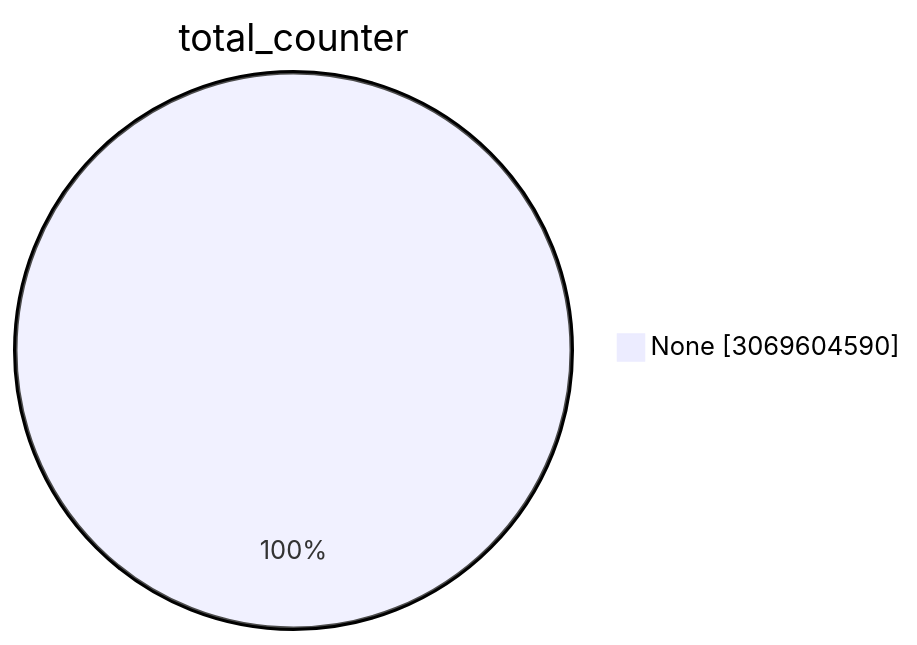
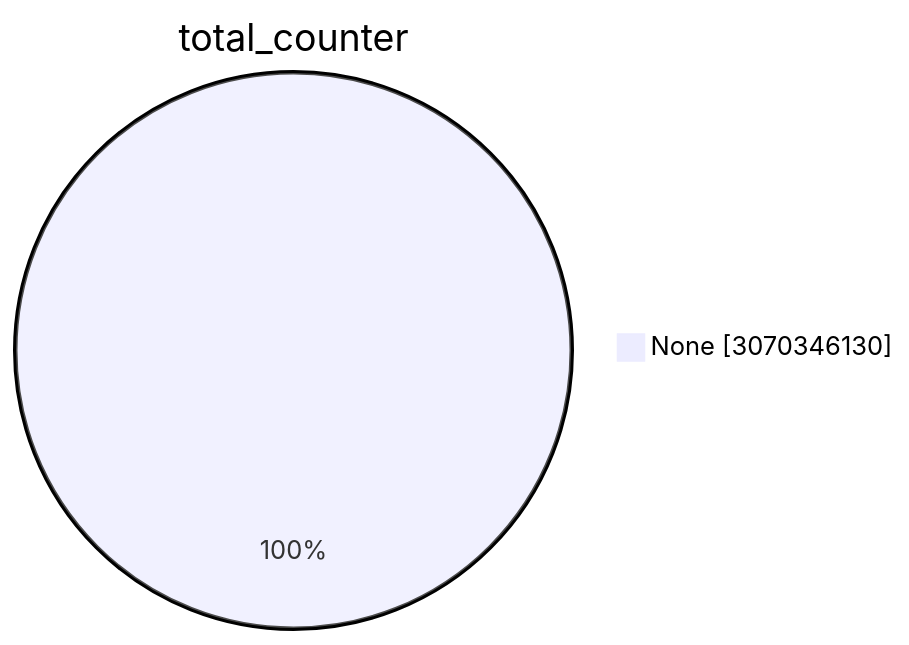
One commit to christiankrug/ctmonitor_visualization changed the first of 15 diagrams in TOTAL/README.md. Above: the diagram before and after it, drawn with Mermaid. The commit also changed other lines of this file, not shown here.

````diff
--- a/TOTAL/README.md
+++ b/TOTAL/README.md
@@ -1,5 +1,5 @@
 ```mermaid
 pie showData
 title total_counter
-"None" :3069604590
+"None" :3070346130
 ```
````
